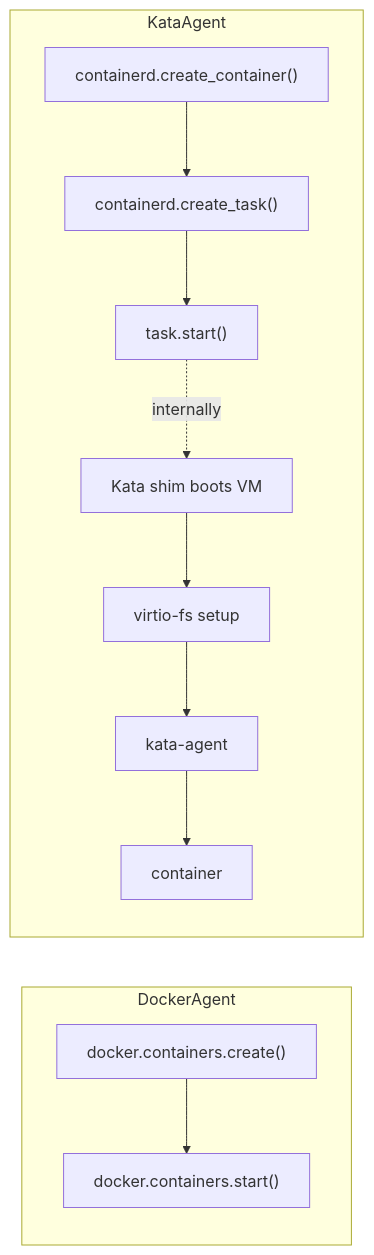
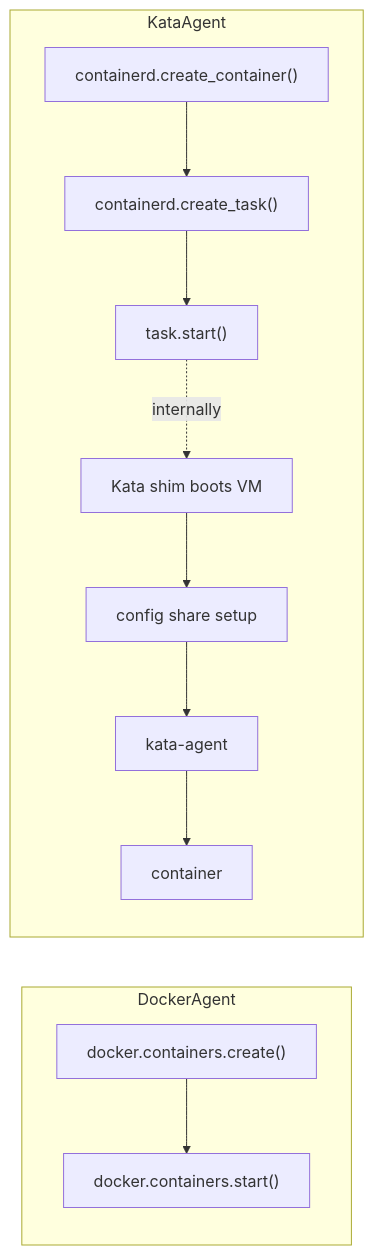
The second of 2 diagrams in proposals/BEP-1051/kata-agent-backend.md (lablup/backend.ai), drawn with Mermaid before and after one commit. The commit also changed other lines of this file and 2 other files, not shown here.

Commit message:
fix(BEP-1051): clarify /home/work is guest-disk directory, not virtio-fs; vfolder mounts are guest-internal only

````diff
--- a/proposals/BEP-1051/kata-agent-backend.md
+++ b/proposals/BEP-1051/kata-agent-backend.md
@@ -196,10 +196,10 @@
 ```mermaid
 flowchart LR
     subgraph Docker["DockerAgent"]
         d1["docker.containers.create()"] --> d2["docker.containers.start()"]
     end
     subgraph Kata["KataAgent"]
         k1["containerd.create_container()"] --> k2["containerd.create_task()"] --> k3["task.start()"]
-        k3 -.->|internally| k4["Kata shim boots VM"] --> k5["virtio-fs setup"] --> k6["kata-agent"] --> k7["container"]
+        k3 -.->|internally| k4["Kata shim boots VM"] --> k5["config share setup"] --> k6["kata-agent"] --> k7["container"]
     end
 ```
````
